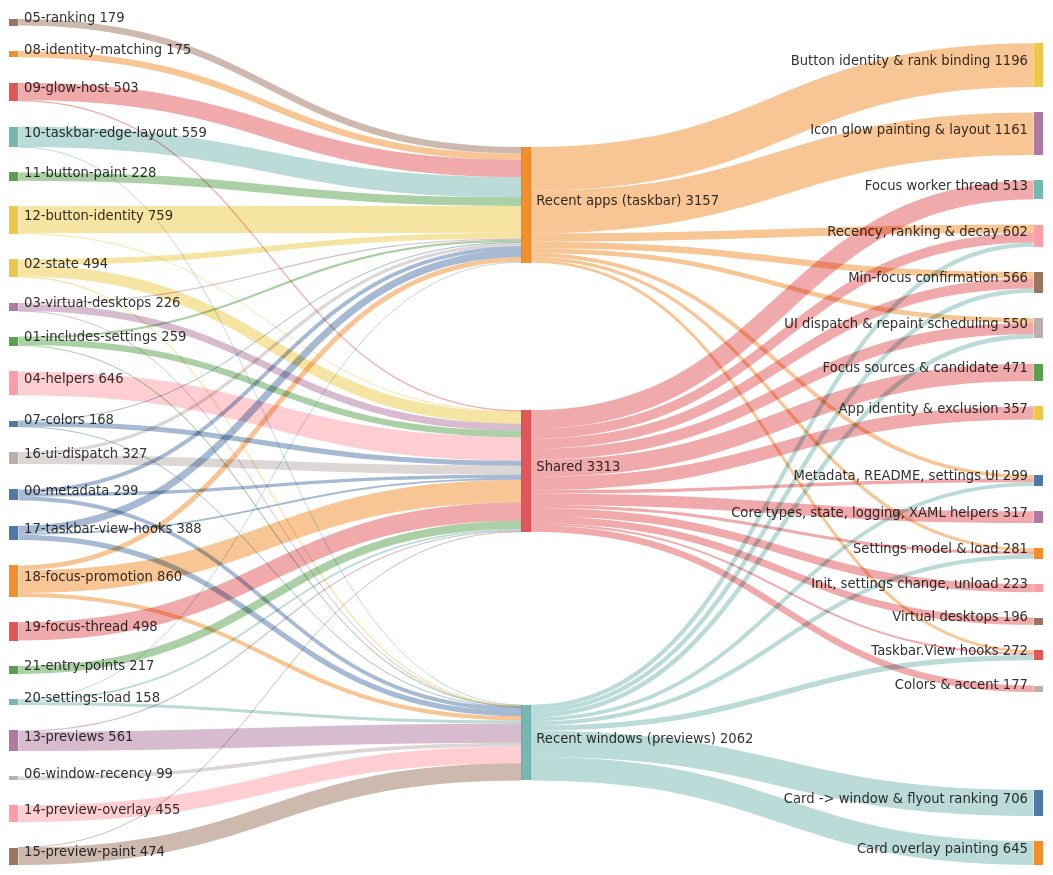
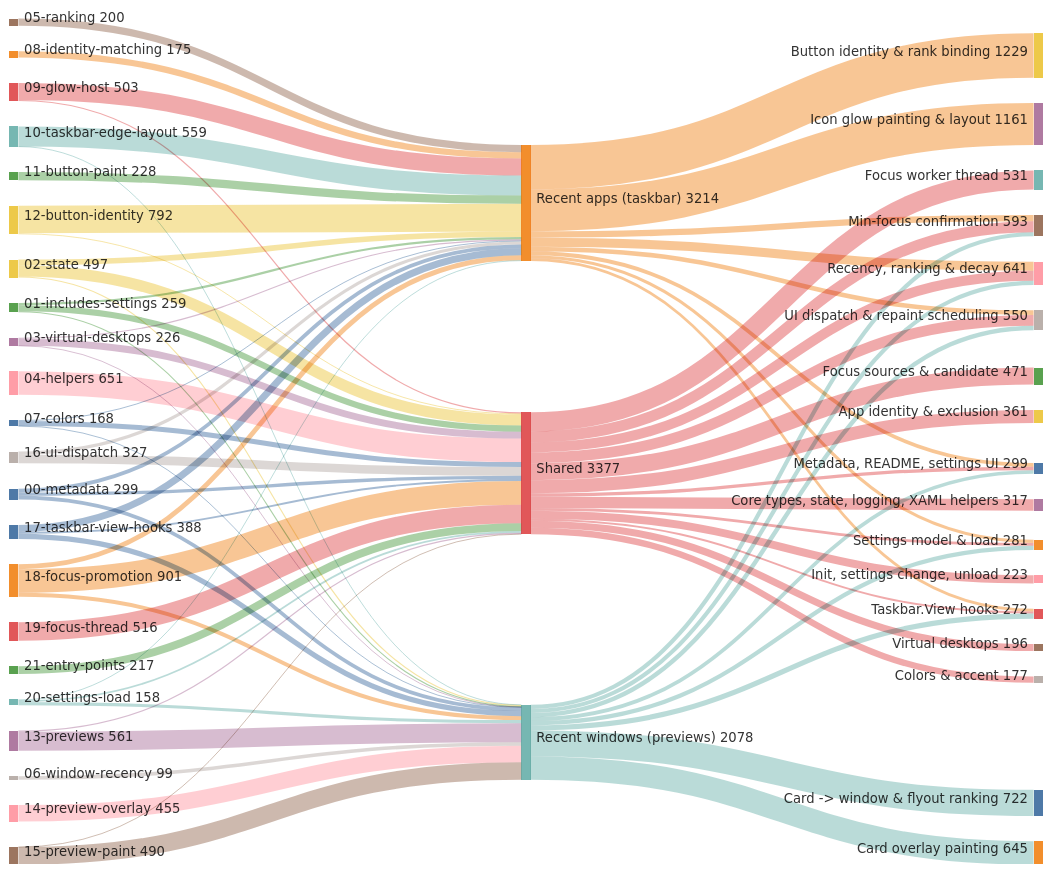
Before and after one commit to jvlasek/taskbar-recent-focus-highlight: the second of 5 diagrams in doc/code/code-breakdown.md, drawn with Mermaid. The commit also changed other lines of this file and 13 other files, not shown here.

```diff
--- a/doc/code/code-breakdown.md
+++ b/doc/code/code-breakdown.md
@@ -43,14 +43,14 @@
 01-includes-settings,"Recent apps (taskbar)",61
 01-includes-settings,"Shared",170
 01-includes-settings,"Recent windows (previews)",28
-02-state,"Recent apps (taskbar)",153
+02-state,"Recent apps (taskbar)",156
 02-state,"Shared",310
 02-state,"Recent windows (previews)",31
 03-virtual-desktops,"Recent apps (taskbar)",31
 03-virtual-desktops,"Shared",190
 03-virtual-desktops,"Recent windows (previews)",5
-04-helpers,"Shared",646
-05-ranking,"Recent apps (taskbar)",179
+04-helpers,"Shared",651
+05-ranking,"Recent apps (taskbar)",200
 06-window-recency,"Recent windows (previews)",99
 07-colors,"Recent apps (taskbar)",27
 07-colors,"Shared",139
@@ -61,48 +61,48 @@
 10-taskbar-edge-layout,"Recent apps (taskbar)",555
 10-taskbar-edge-layout,"Recent windows (previews)",4
 11-button-paint,"Recent apps (taskbar)",228
-12-button-identity,"Recent apps (taskbar)",733
+12-button-identity,"Recent apps (taskbar)",766
 12-button-identity,"Shared",26
 13-previews,"Shared",33
 13-previews,"Recent windows (previews)",528
 14-preview-overlay,"Recent windows (previews)",455
 15-preview-paint,"Shared",4
-15-preview-paint,"Recent windows (previews)",470
+15-preview-paint,"Recent windows (previews)",486
 16-ui-dispatch,"Recent apps (taskbar)",87
 16-ui-dispatch,"Shared",240
 17-taskbar-view-hooks,"Recent apps (taskbar)",193
 17-taskbar-view-hooks,"Shared",52
 17-taskbar-view-hooks,"Recent windows (previews)",143
 18-focus-promotion,"Recent apps (taskbar)",134
-18-focus-promotion,"Shared",616
+18-focus-promotion,"Shared",657
 18-focus-promotion,"Recent windows (previews)",110
-19-focus-thread,"Shared",498
+19-focus-thread,"Shared",516
 20-settings-load,"Recent apps (taskbar)",26
 20-settings-load,"Shared",48
 20-settings-load,"Recent windows (previews)",84
 21-entry-points,"Shared",217
-"Recent apps (taskbar)","Button identity & rank binding",1196
+"Recent apps (taskbar)","Button identity & rank binding",1229
 "Recent apps (taskbar)","Icon glow painting & layout",1161
-"Recent apps (taskbar)","Recency, ranking & decay",227
+"Recent apps (taskbar)","Recency, ranking & decay",251
 "Recent apps (taskbar)","Min-focus confirmation",175
 "Recent apps (taskbar)","UI dispatch & repaint scheduling",129
 "Recent apps (taskbar)","Metadata, README, settings UI",105
 "Recent apps (taskbar)","Settings model & load",87
 "Recent apps (taskbar)","Taskbar.View hooks",77
-"Shared","Focus worker thread",513
+"Shared","Focus worker thread",531
 "Shared","Focus sources & candidate",471
-"Shared","App identity & exclusion",357
+"Shared","App identity & exclusion",361
 "Shared","Core types, state, logging, XAML helpers",317
+"Shared","Min-focus confirmation",303
 "Shared","UI dispatch & repaint scheduling",300
-"Shared","Min-focus confirmation",276
-"Shared","Recency, ranking & decay",262
+"Shared","Recency, ranking & decay",277
 "Shared","Init, settings change, unload",223
 "Shared","Virtual desktops",196
 "Shared","Colors & accent",177
 "Shared","Metadata, README, settings UI",91
 "Shared","Settings model & load",78
 "Shared","Taskbar.View hooks",52
-"Recent windows (previews)","Card -> window & flyout ranking",706
+"Recent windows (previews)","Card -> window & flyout ranking",722
 "Recent windows (previews)","Card overlay painting",645
 "Recent windows (previews)","Taskbar.View hooks",143
 "Recent windows (previews)","UI dispatch & repaint scheduling",121
```
